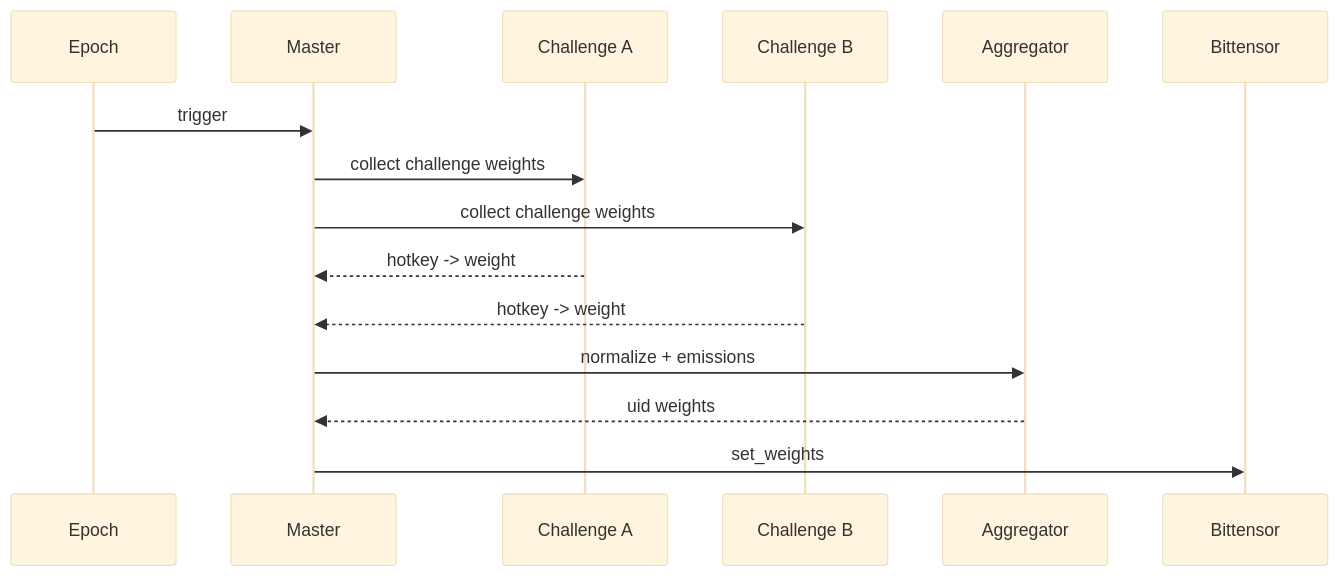
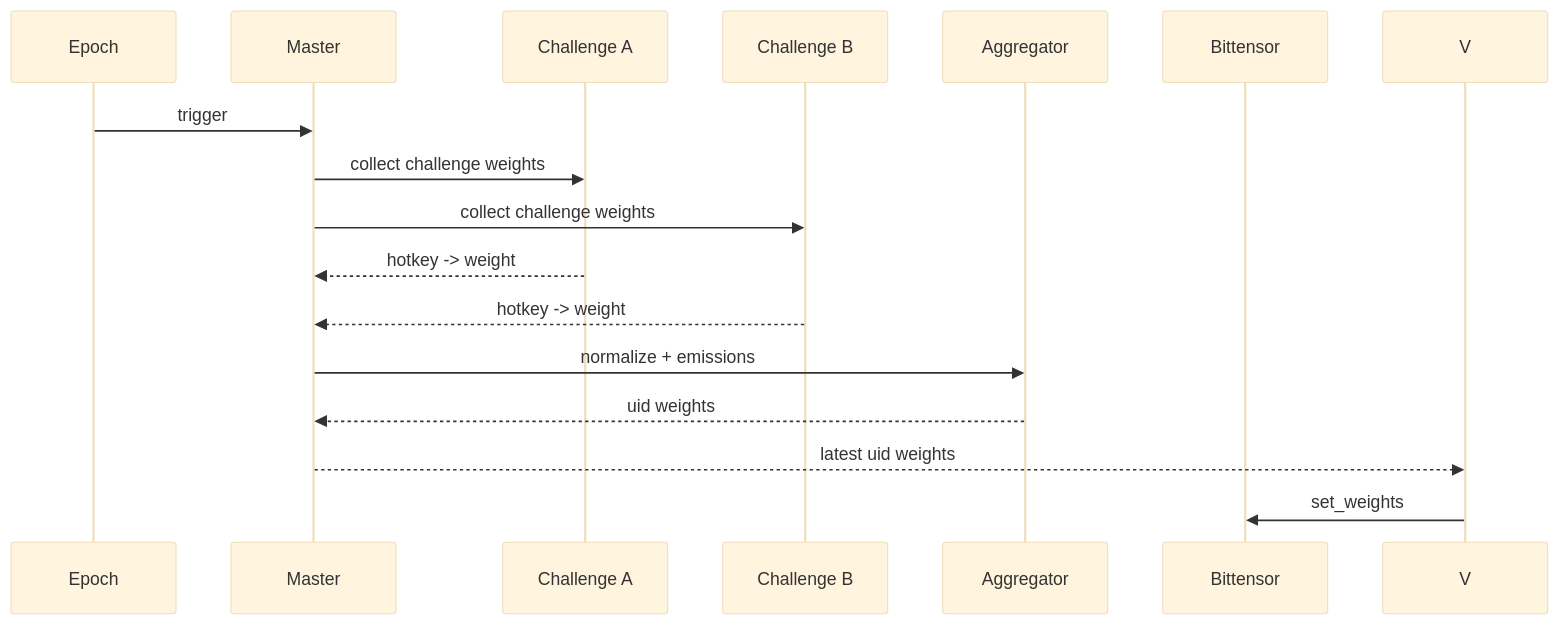
Before and after one commit to PlatformNetwork/platform: the second of 2 diagrams in README.md, drawn with Mermaid (base theme). The commit also changed other lines of this file and 3 other files, not shown here.

````diff
--- a/README.md
+++ b/README.md
@@ -80,18 +82,19 @@
 ```mermaid
 sequenceDiagram
     participant E as Epoch
     participant M as Master
     participant A as Challenge A
     participant B as Challenge B
     participant G as Aggregator
     participant BT as Bittensor
 
     E->>M: trigger
     M->>A: collect challenge weights
     M->>B: collect challenge weights
     A-->>M: hotkey -> weight
     B-->>M: hotkey -> weight
     M->>G: normalize + emissions
     G-->>M: uid weights
-    M->>BT: set_weights
+    M-->>V: latest uid weights
+    V->>BT: set_weights
 ```
````
